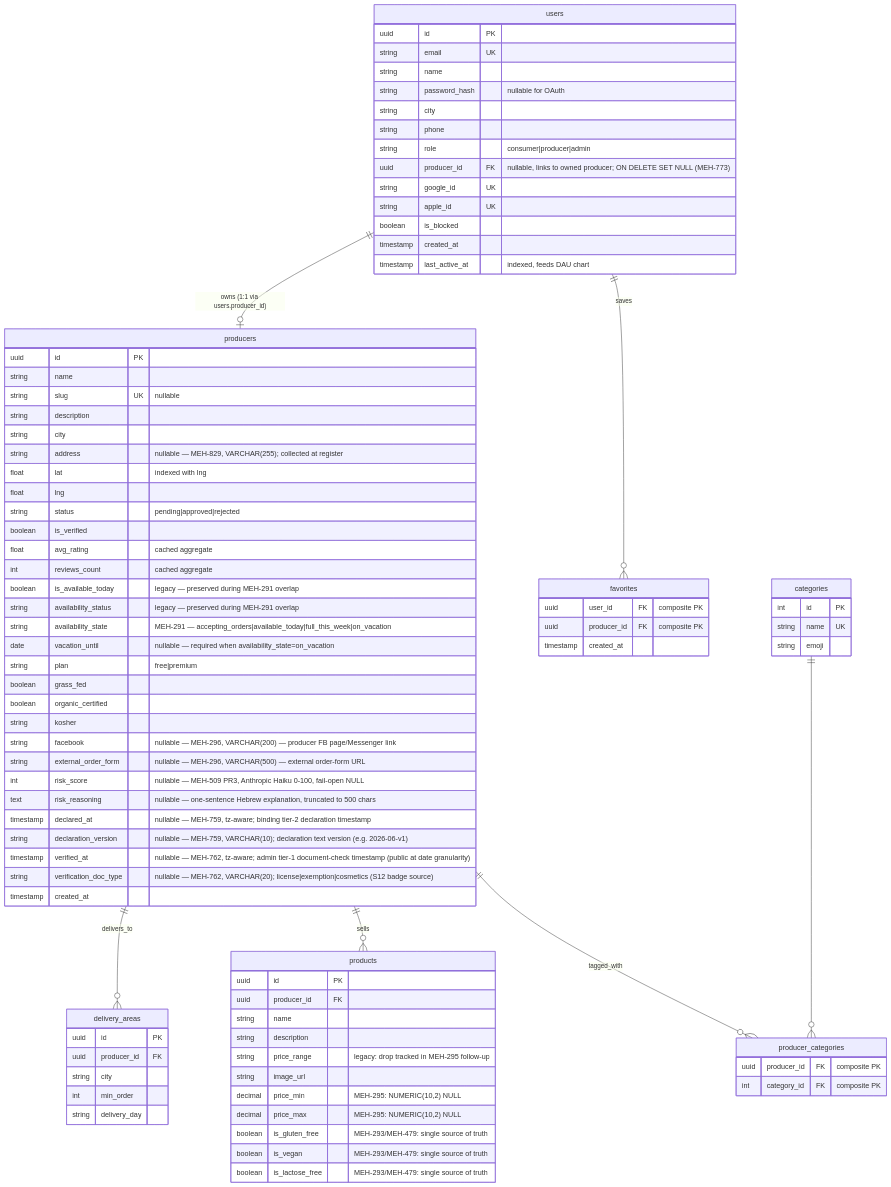
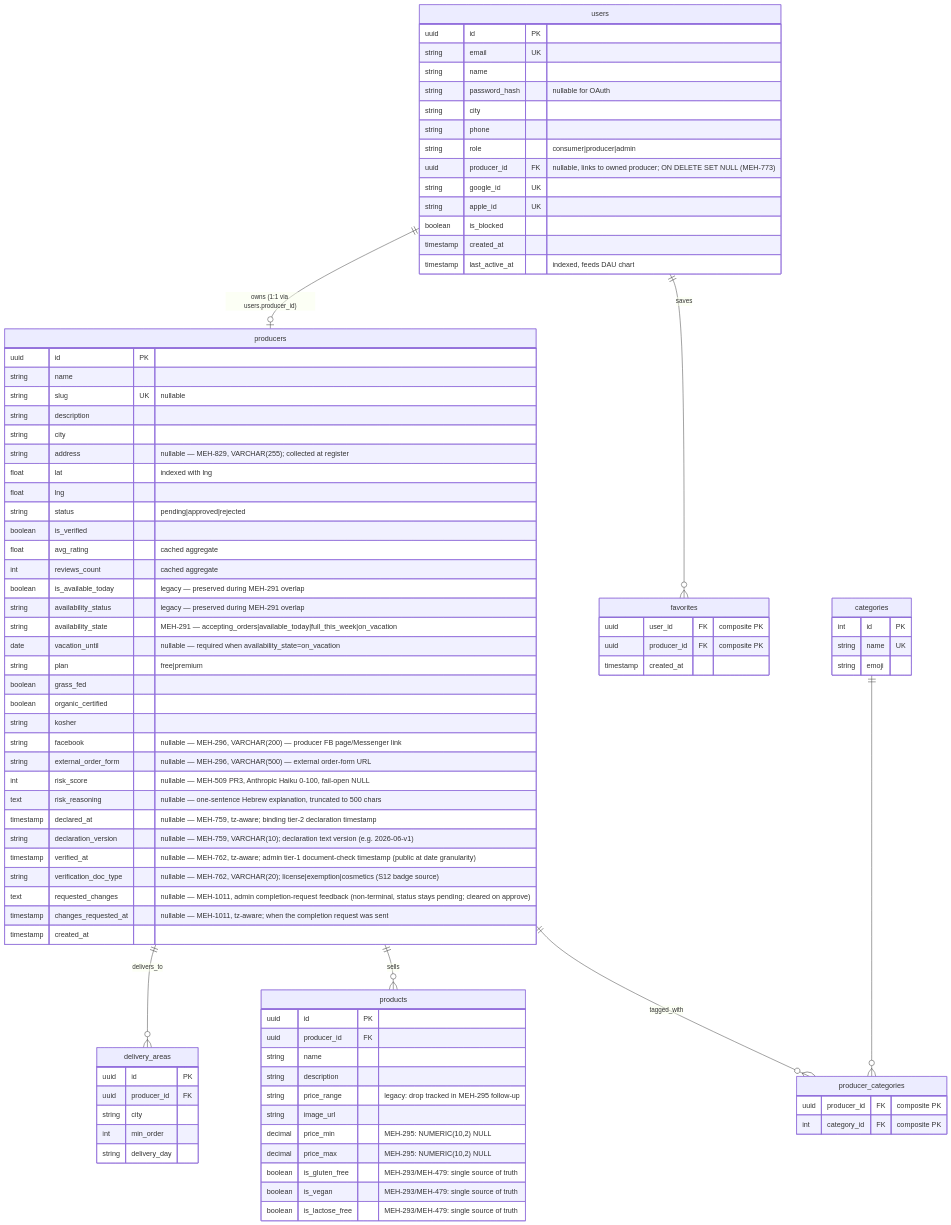
One commit to levismadar80-ship-it/FoodMamkor changed the first of 4 diagrams in .ai/diagrams/db-schema.md. Above: the diagram before and after it, drawn with Mermaid. The commit also changed 7 other files, not shown here.

First line of the commit message:
feat(admin): producer request-changes flow — backend + migration (MEH-1011)

```diff
--- a/.ai/diagrams/db-schema.md
+++ b/.ai/diagrams/db-schema.md
@@ -66,6 +66,8 @@
         string declaration_version "nullable — MEH-759, VARCHAR(10); declaration text version (e.g. 2026-06-v1)"
         timestamp verified_at "nullable — MEH-762, tz-aware; admin tier-1 document-check timestamp (public at date granularity)"
         string verification_doc_type "nullable — MEH-762, VARCHAR(20); license|exemption|cosmetics (S12 badge source)"
+        text requested_changes "nullable — MEH-1011, admin completion-request feedback (non-terminal, status stays pending; cleared on approve)"
+        timestamp changes_requested_at "nullable — MEH-1011, tz-aware; when the completion request was sent"
         timestamp created_at
     }
 
```
